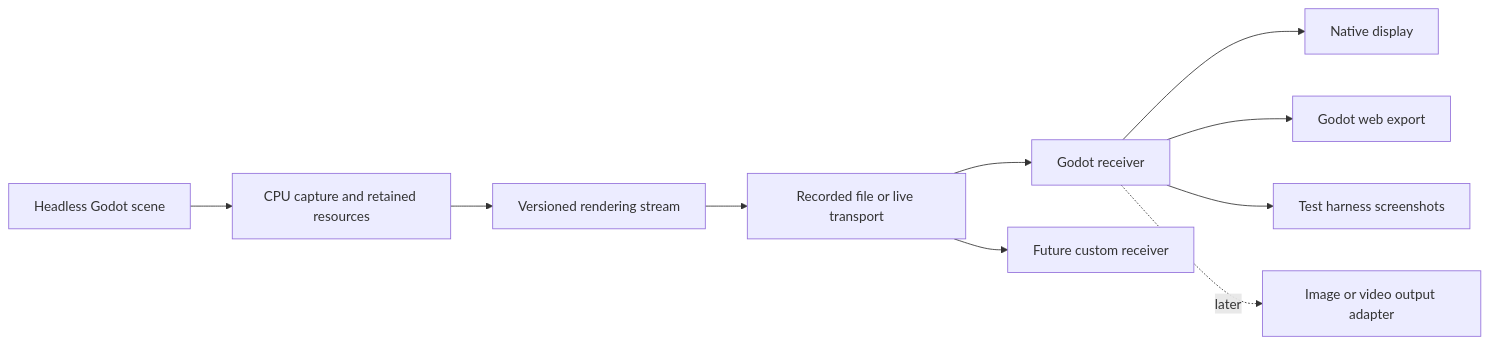
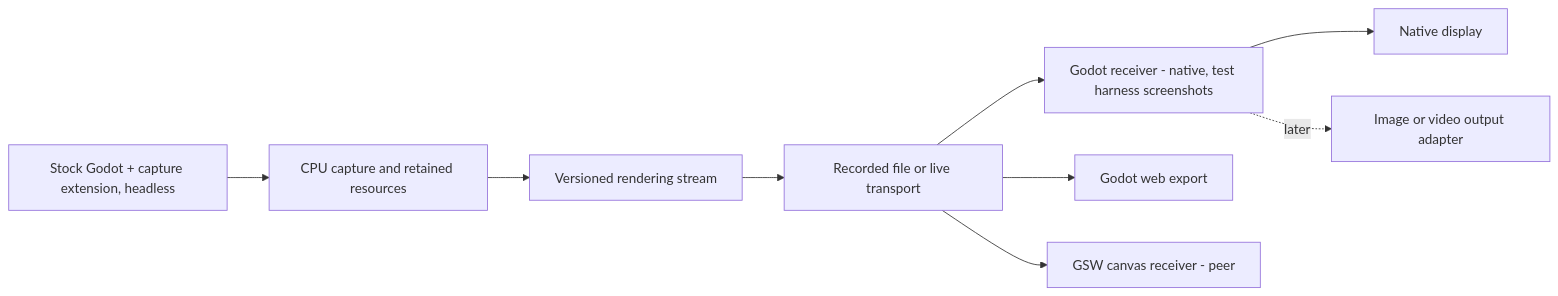
Before and after one commit to tfoxy/godot-scene-web: the diagram in docs/handoff-headless-render-stream.md, drawn with Mermaid. The commit also changed other lines of this file, not shown here.

First line of the commit message:
docs(render-stream): retarget capture at stock-engine RenderingServer interposition

````diff
--- a/docs/handoff-headless-render-stream.md
+++ b/docs/handoff-headless-render-stream.md
@@ -40,12 +50,11 @@
 ```mermaid
 flowchart LR
-    A[Headless Godot scene] --> B[CPU capture and retained resources]
+    A[Stock Godot + capture extension, headless] --> B[CPU capture and retained resources]
     B --> C[Versioned rendering stream]
     C --> D[Recorded file or live transport]
-    D --> E[Godot receiver]
-    D --> F[Future custom receiver]
-    E --> G[Native display]
-    E --> H[Godot web export]
-    E --> I[Test harness screenshots]
-    E -. later .-> J[Image or video output adapter]
+    D --> E[Godot receiver - native, test harness screenshots]
+    D --> F[Godot web export]
+    D --> G[GSW canvas receiver - peer]
+    E --> H[Native display]
+    E -. later .-> I[Image or video output adapter]
 ```
````
